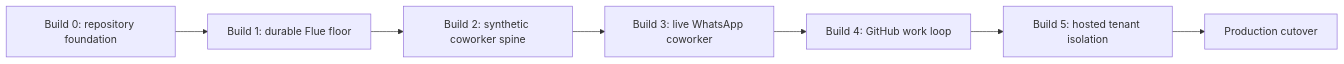
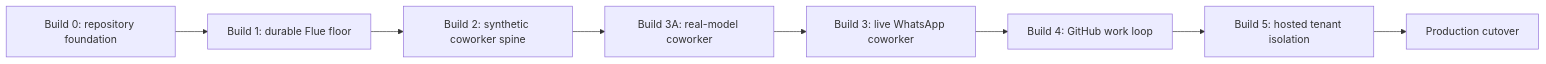
Before and after one commit to AaronAbuUsama/ambient-agent-v2: the diagram in docs/BUILD-PLAN.md, drawn with Mermaid. The commit also changed other lines of this file and 23 other files, not shown here.

Commit message:
build real-model coworker spine

````diff
--- a/docs/BUILD-PLAN.md
+++ b/docs/BUILD-PLAN.md
@@ -19,9 +19,10 @@
 ```mermaid
 flowchart LR
   B0["Build 0: repository foundation"] --> B1["Build 1: durable Flue floor"]
   B1 --> B2["Build 2: synthetic coworker spine"]
-  B2 --> B3["Build 3: live WhatsApp coworker"]
+  B2 --> B3A["Build 3A: real-model coworker"]
+  B3A --> B3["Build 3: live WhatsApp coworker"]
   B3 --> B4["Build 4: GitHub work loop"]
   B4 --> B5["Build 5: hosted tenant isolation"]
   B5 --> C["Production cutover"]
 ```
````
